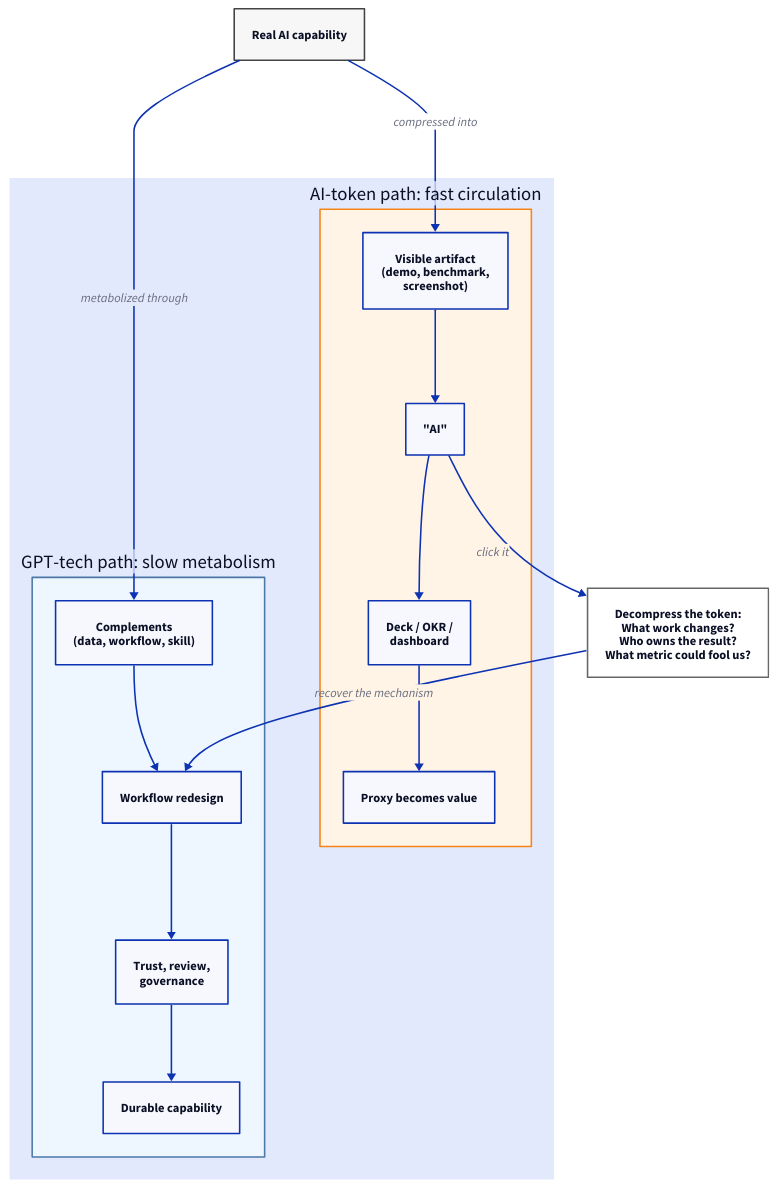
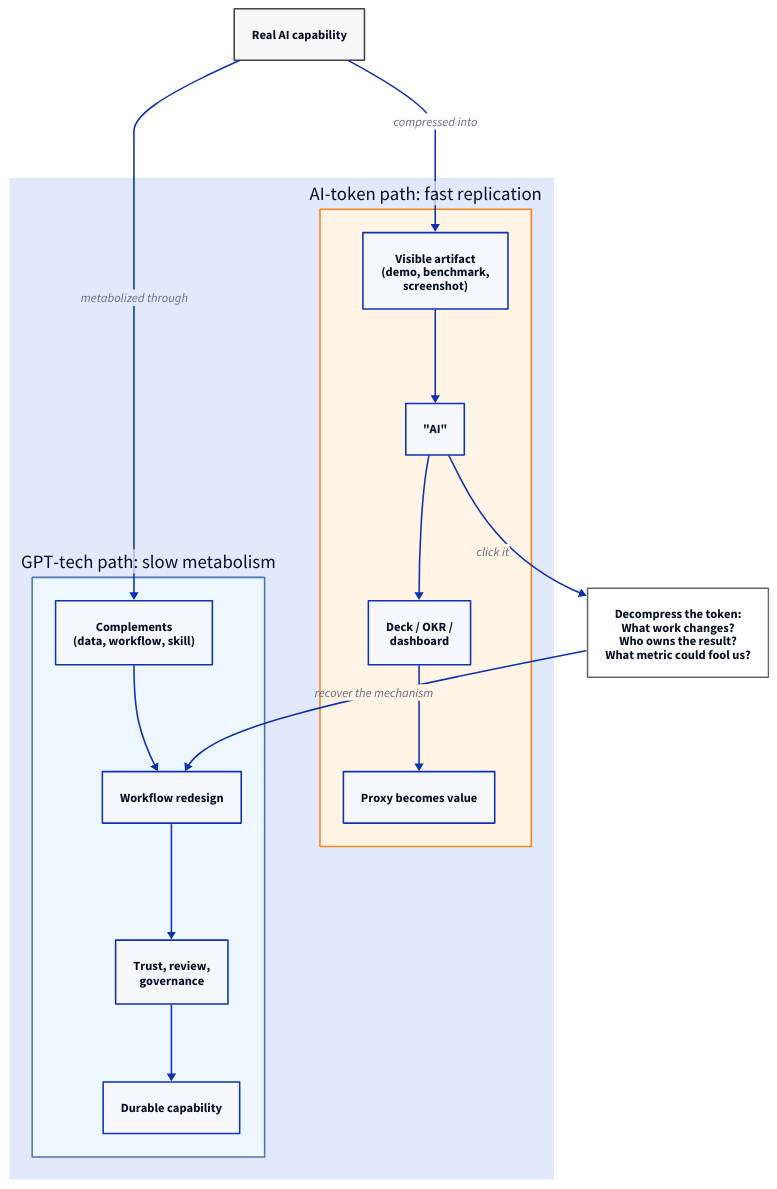
The diagram in viz/ai-general-purpose-token.d2 (muness/muness.github.io), drawn with D2 before and after one commit. The commit also changed 4 other files, not shown here.

```diff
--- a/viz/ai-general-purpose-token.d2
+++ b/viz/ai-general-purpose-token.d2
@@ -1,53 +1,53 @@
 direction: down
 
 real_ai: "Real AI capability" {
   shape: rectangle
   style.fill: "#f7f7f7"
   style.stroke: "#444444"
 }
 
 paths: {
   direction: right
   label: ""
   style.stroke: "#ffffff"
 
   tech_path: {
     label: "GPT-tech path: slow metabolism"
     direction: down
     style.fill: "#eef7ff"
     style.stroke: "#4c78a8"
 
     complements: "Complements\n(data, workflow, skill)"
     redesign: "Workflow redesign"
     trust: "Trust, review,\ngovernance"
     value: "Durable capability"
 
     complements -> redesign -> trust -> value
   }
 
   token_path: {
-    label: "AI-token path: fast circulation"
+    label: "AI-token path: fast replication"
     direction: down
     style.fill: "#fff4e6"
     style.stroke: "#f58518"
 
     artifact: "Visible artifact\n(demo, benchmark,\nscreenshot)"
     sign: "\"AI\""
     institution: "Deck / OKR /\ndashboard"
     capture: "Proxy becomes value"
 
     artifact -> sign -> institution -> capture
   }
 }
 
 real_ai -> paths.tech_path.complements: "metabolized through"
 real_ai -> paths.token_path.artifact: "compressed into"
 
 decompress: "Decompress the token:\nWhat work changes?\nWho owns the result?\nWhat metric could fool us?" {
   shape: rectangle
   style.fill: "#ffffff"
   style.stroke: "#666666"
 }
 
 paths.token_path.sign -> decompress: "click it"
 decompress -> paths.tech_path.redesign: "recover the mechanism"
```
